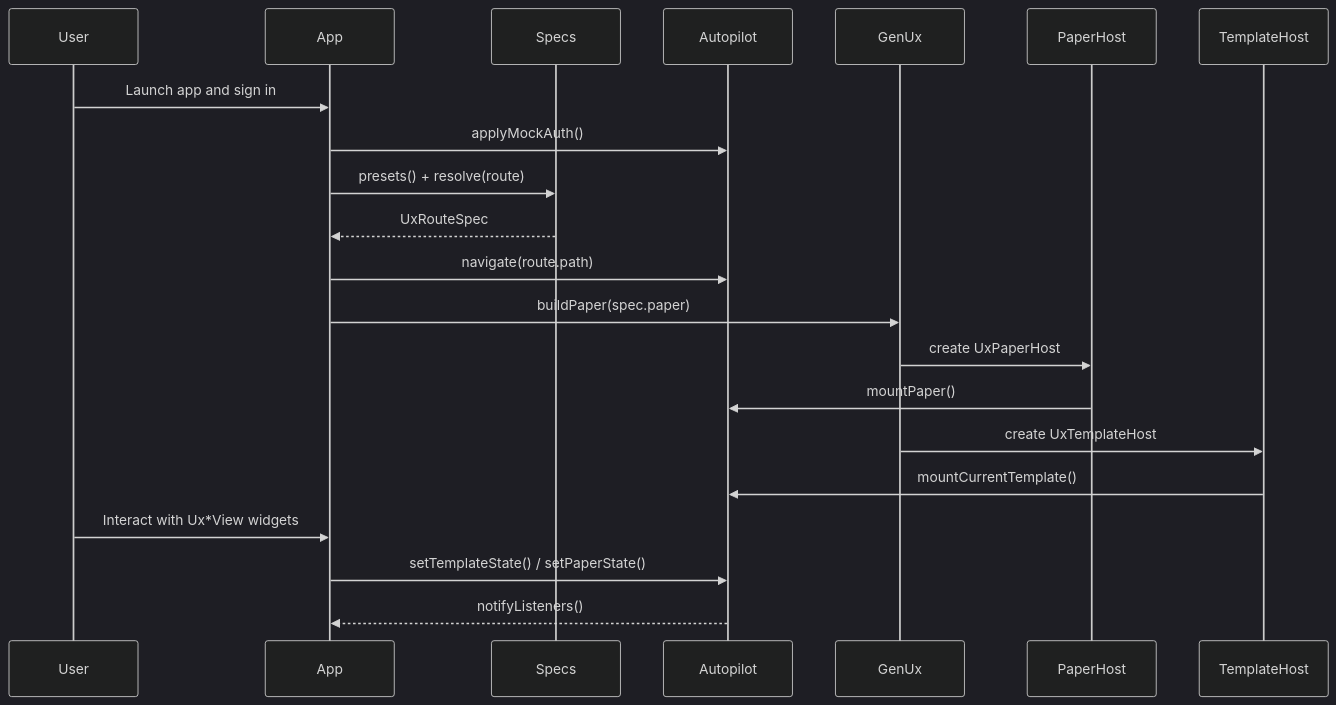
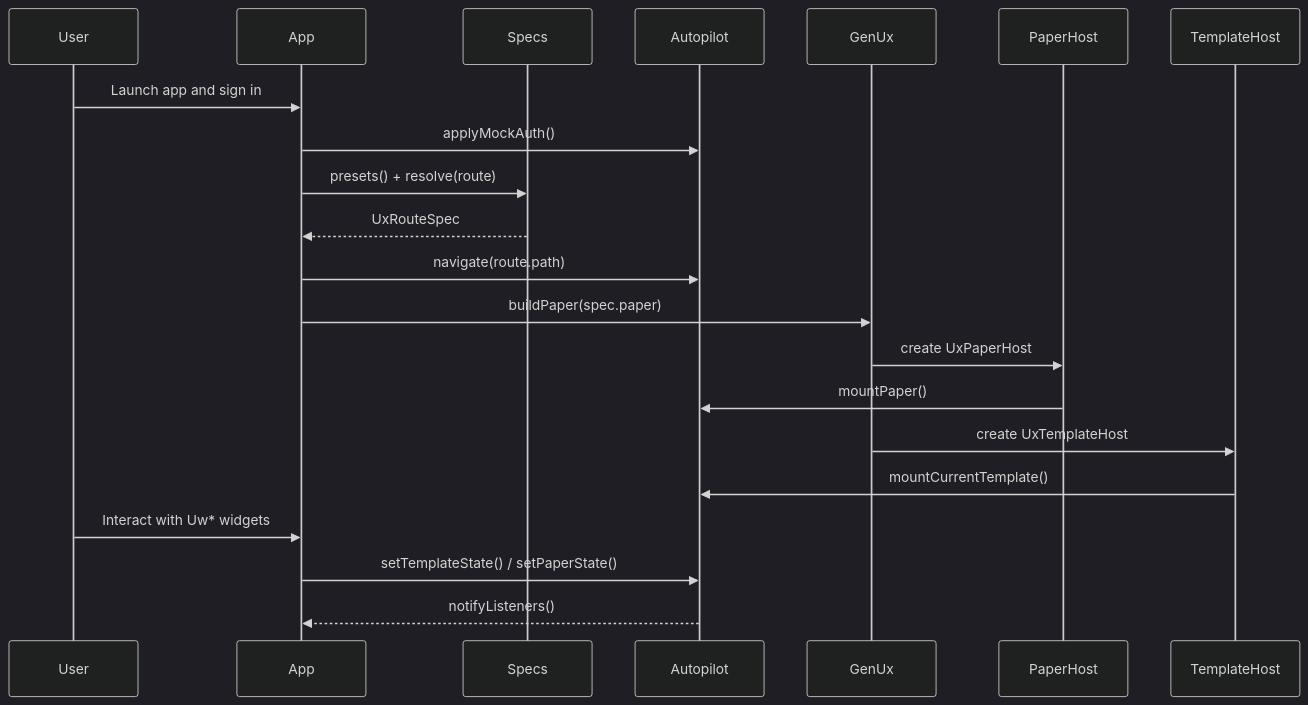
Before and after one commit to githubflutter/genrp: the third of 4 diagrams in docs/project_deep_analysis.md, drawn with Mermaid (dark theme). The commit also changed other lines of this file and 57 other files, not shown here.

First line of the commit message:
Add new UI widgets for enhanced user experience

````diff
--- a/docs/project_deep_analysis.md
+++ b/docs/project_deep_analysis.md
@@ -500,24 +539,24 @@
 ```mermaid
 sequenceDiagram
     participant User
     participant App
     participant Specs
     participant Autopilot
     participant GenUx
     participant PaperHost
     participant TemplateHost
 
     User->>App: Launch app and sign in
     App->>Autopilot: applyMockAuth()
     App->>Specs: presets() + resolve(route)
     Specs-->>App: UxRouteSpec
     App->>Autopilot: navigate(route.path)
     App->>GenUx: buildPaper(spec.paper)
     GenUx->>PaperHost: create UxPaperHost
     PaperHost->>Autopilot: mountPaper()
     GenUx->>TemplateHost: create UxTemplateHost
     TemplateHost->>Autopilot: mountCurrentTemplate()
-    User->>App: Interact with Ux*View widgets
+    User->>App: Interact with Uw* widgets
     App->>Autopilot: setTemplateState() / setPaperState()
     Autopilot-->>App: notifyListeners()
 ```
````
